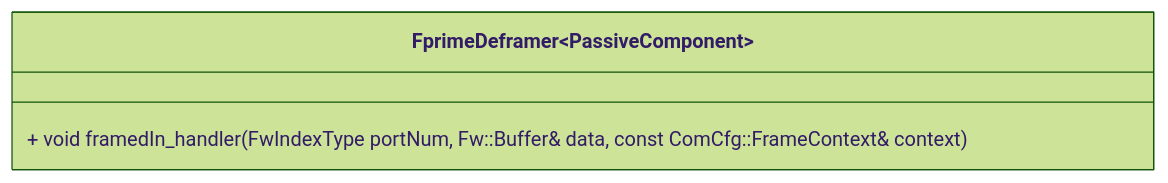
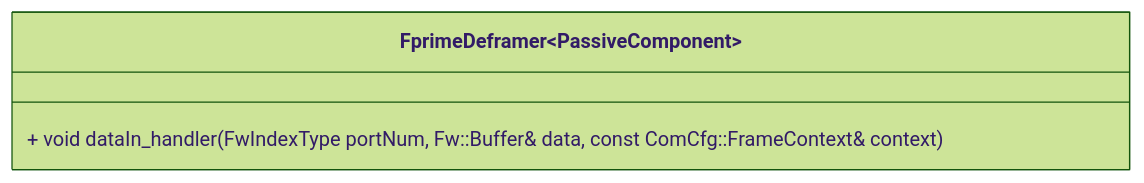
The diagram in Svc/FprimeDeframer/docs/sdd.md (nasa/fprime), drawn with Mermaid (forest theme) before and after one commit. The commit also changed other lines of this file and 38 other files, not shown here.

````diff
--- a/Svc/FprimeDeframer/docs/sdd.md
+++ b/Svc/FprimeDeframer/docs/sdd.md
@@ -41,6 +41,6 @@
 ```mermaid
 classDiagram
     class FprimeDeframer~PassiveComponent~ {
-        + void framedIn_handler(FwIndexType portNum, Fw::Buffer& data, const ComCfg::FrameContext& context)
+        + void dataIn_handler(FwIndexType portNum, Fw::Buffer& data, const ComCfg::FrameContext& context)
     }
 ```
````
